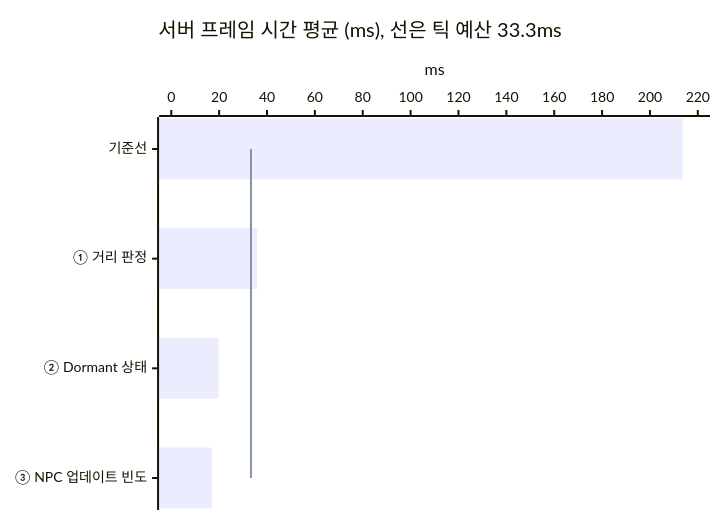
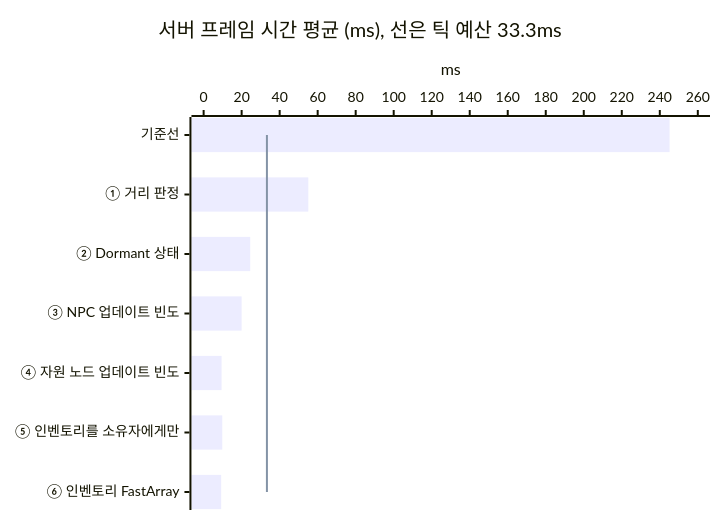
The first of 2 diagrams in README.md (hon454/ue-dedicated-server-optimization-lab), drawn with Mermaid before and after one commit. The commit also changed other lines of this file and 5 other files, not shown here.

````diff
--- a/README.md
+++ b/README.md
@@ -23,8 +26,8 @@
 ```mermaid
 xychart-beta horizontal
     title "서버 프레임 시간 평균 (ms), 선은 틱 예산 33.3ms"
-    x-axis ["기준선", "① 거리 판정", "② Dormant 상태", "③ NPC 업데이트 빈도"]
-    y-axis "ms" 0 --> 220
-    bar [213.71, 35.90, 19.81, 17.02]
-    line [33.3, 33.3, 33.3, 33.3]
+    x-axis ["기준선", "① 거리 판정", "② Dormant 상태", "③ NPC 업데이트 빈도", "④ 자원 노드 업데이트 빈도", "⑤ 인벤토리를 소유자에게만", "⑥ 인벤토리 FastArray"]
+    y-axis "ms" 0 --> 260
+    bar [245.13, 55.08, 24.50, 19.99, 9.45, 9.80, 9.22]
+    line [33.3, 33.3, 33.3, 33.3, 33.3, 33.3, 33.3]
 ```
````
